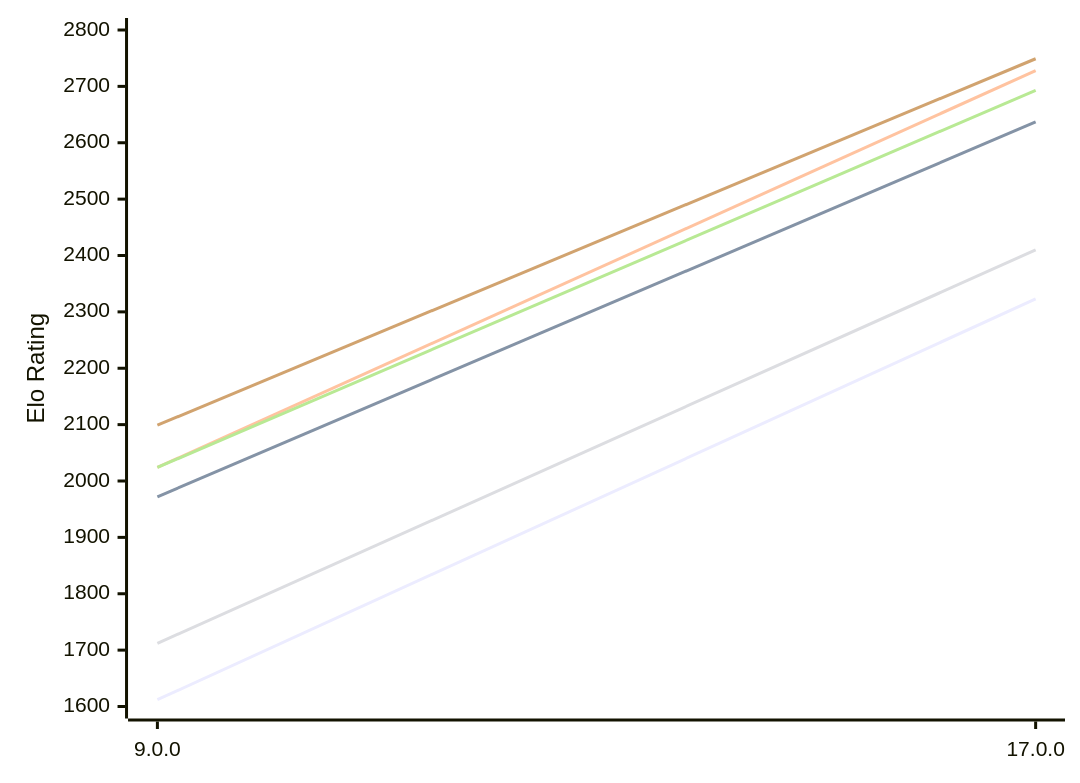
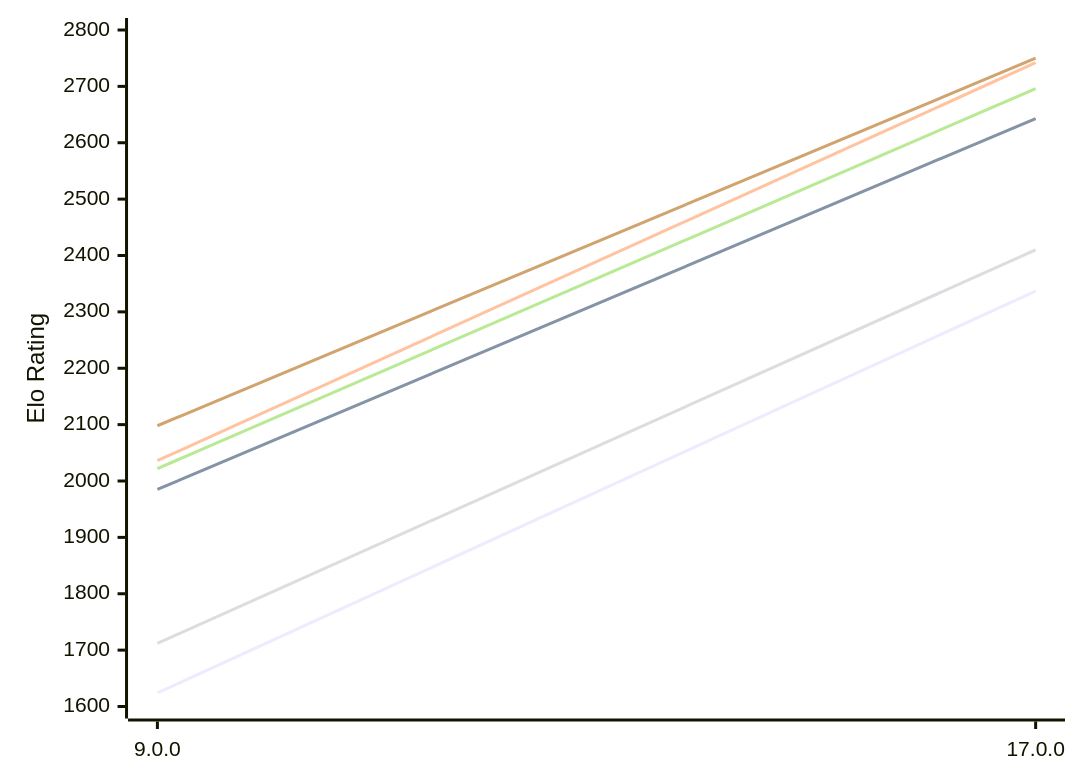
The first of 2 diagrams in engines/Cepimetheus.md (computer-chess-index/cci), drawn with Mermaid before and after one commit. The commit also changed other lines of this file, not shown here.

Commit message:
Update CCI Ratings (ELO VLTC) - 2026-10-22

````diff
--- a/engines/Cepimetheus.md
+++ b/engines/Cepimetheus.md
@@ -62,12 +62,12 @@
 ```mermaid
 %%{init: {"theme":"base","themeVariables":{"seriesColors:['#a3a3a3','#222221','#faa371']}}}%%
 xychart-beta
   x-axis ["9.0.0", "17.0.0"]
   y-axis "Elo Rating" 1600 --> 2800
-  line "E1: STC (8.0+0.08s)" [1612, 2323]
-  line "E1: LTC (60.0+0.60s)" [1972, 2637]
-  line "E1: VLTC (2m24s+1.12s)" [2024, 2728]
+  line "E1: STC (8.0+0.08s)" [1624, 2337]
+  line "E1: LTC (60.0+0.60s)" [1985, 2643]
+  line "E1: VLTC (2m24s+1.12s)" [2036, 2742]
   line "P1: STC (8.0+0.08s)" [1712, 2410]
-  line "P1: LTC (60.0+0.60s)" [2024, 2693]
-  line "P1: VLTC (2m24s+1.12s)" [2099, 2749]
+  line "P1: LTC (60.0+0.60s)" [2022, 2696]
+  line "P1: VLTC (2m24s+1.12s)" [2098, 2750]
 ```
````
